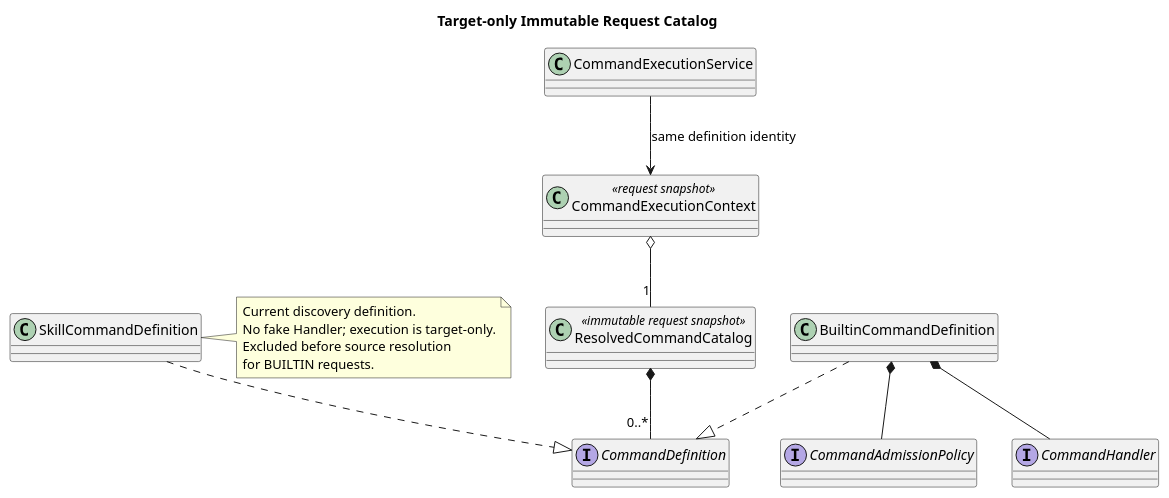
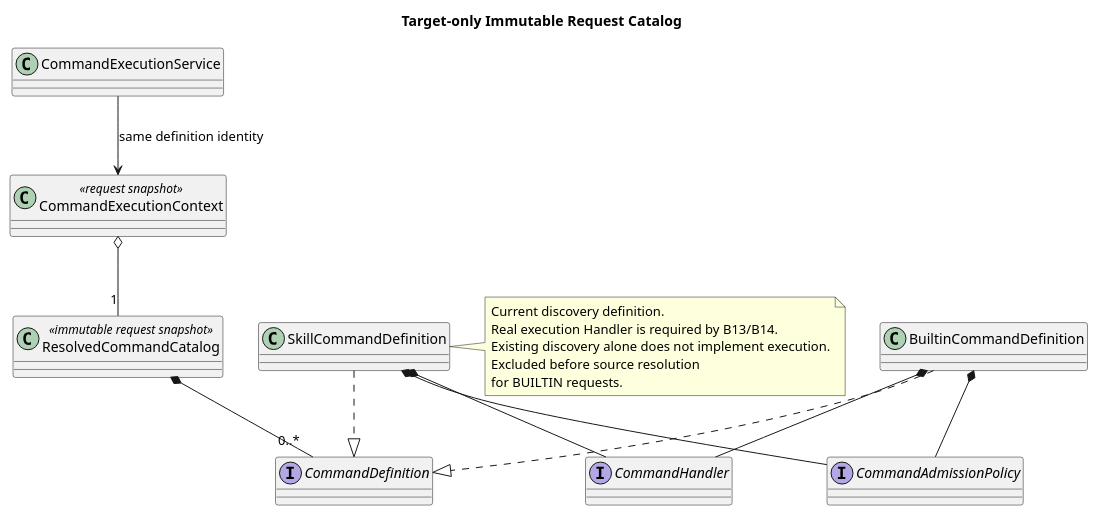
The second of 4 diagrams in 04-命令与技能/00-Slash-Command通用模块/设计图/diagram.puml (ssm0808/pi-mono-java-design), drawn with PlantUML before and after one commit. The commit also changed other lines of this file and 52 other files, not shown here.

```diff
--- a/04-命令与技能/00-Slash-Command通用模块/设计图/diagram.puml
+++ b/04-命令与技能/00-Slash-Command通用模块/设计图/diagram.puml
@@ -43,27 +43,30 @@
 @startuml target_command_resolution_classes
 title Target-only Immutable Request Catalog
 ' Source evidence: pi-mono-java@0bb794f2 modules/coding-agent-cli/src/main/java/com/campusclaw/codingagent/runtimeapi/command/ResolvedCommandCatalog.java.
 ' Design reason: catalog, admission, and dispatch share definition identity; Help content uses Agent metadata instead.
 skinparam shadowing false
 interface CommandDefinition
 class BuiltinCommandDefinition
 class SkillCommandDefinition
 interface CommandHandler
 interface CommandAdmissionPolicy
 class ResolvedCommandCatalog <<immutable request snapshot>>
 class CommandExecutionContext <<request snapshot>>
 class CommandExecutionService
 BuiltinCommandDefinition ..|> CommandDefinition
 SkillCommandDefinition ..|> CommandDefinition
+SkillCommandDefinition *-- CommandHandler
+SkillCommandDefinition *-- CommandAdmissionPolicy
 BuiltinCommandDefinition *-- CommandHandler
 BuiltinCommandDefinition *-- CommandAdmissionPolicy
 ResolvedCommandCatalog *-- "0..*" CommandDefinition
 CommandExecutionContext o-- "1" ResolvedCommandCatalog
 CommandExecutionService --> CommandExecutionContext : same definition identity
 note right of SkillCommandDefinition
 Current discovery definition.
-No fake Handler; execution is target-only.
+Real execution Handler is required by B13/B14.
+Existing discovery alone does not implement execution.
 Excluded before source resolution
 for BUILTIN requests.
 end note
 @enduml
```
